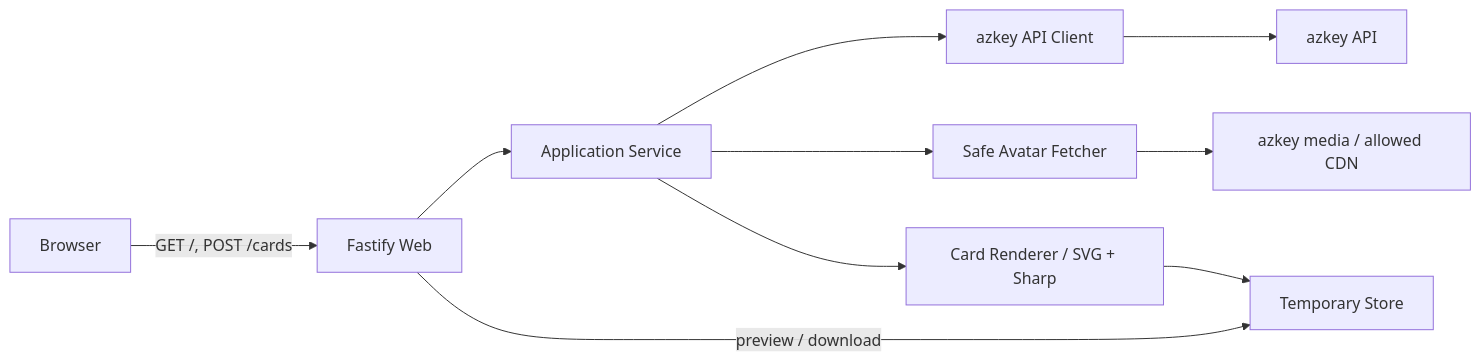
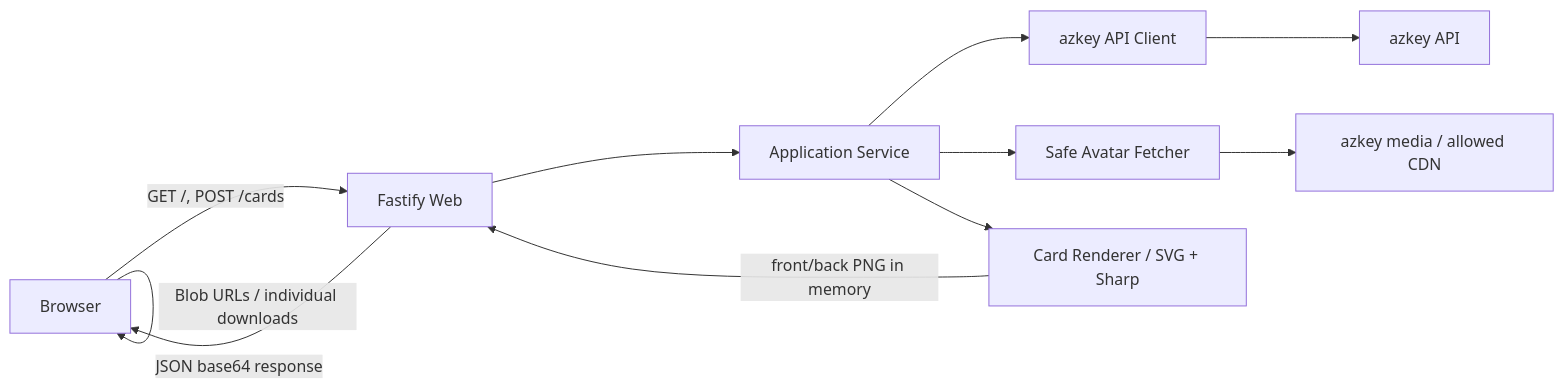
One commit to azuki774/azkey-card-generator changed the diagram in docs/design/initial-technical-design.md. Above: the diagram before and after it, drawn with Mermaid. The commit also changed other lines of this file and 2 other files, not shown here.

Commit message:
docs: define in-memory card response flow

````diff
--- a/docs/design/initial-technical-design.md
+++ b/docs/design/initial-technical-design.md
@@ -146,12 +148,13 @@
 ```mermaid
 flowchart LR
     B[Browser] -->|GET /, POST /cards| W[Fastify Web]
     W --> A[Application Service]
     A --> C[azkey API Client]
     C --> Z[azkey API]
     A --> F[Safe Avatar Fetcher]
     F --> M[azkey media / allowed CDN]
     A --> R[Card Renderer / SVG + Sharp]
-    R --> S[Temporary Store]
-    W -->|preview / download| S
+    R -->|front/back PNG in memory| W
+    W -->|JSON base64 response| B
+    B -->|Blob URLs / individual downloads| B
 ```
````
